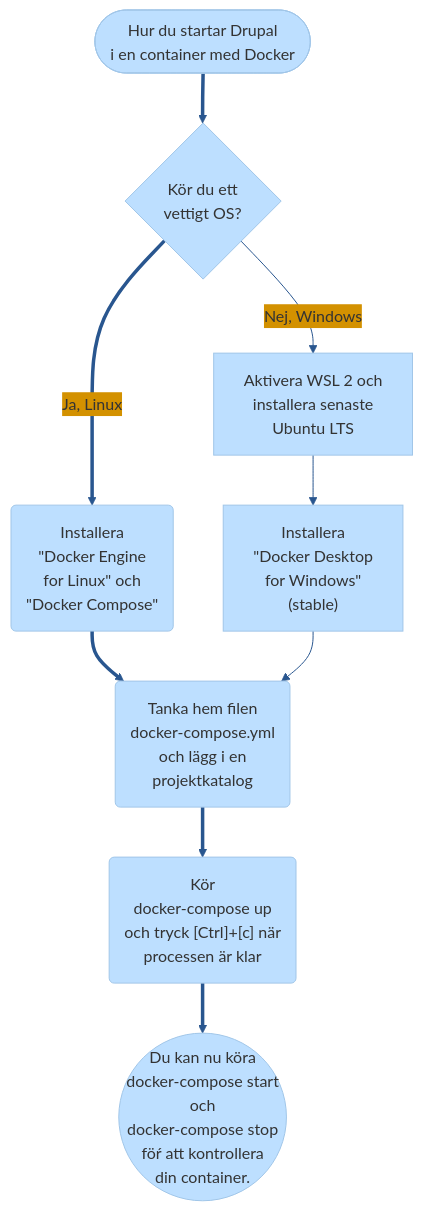
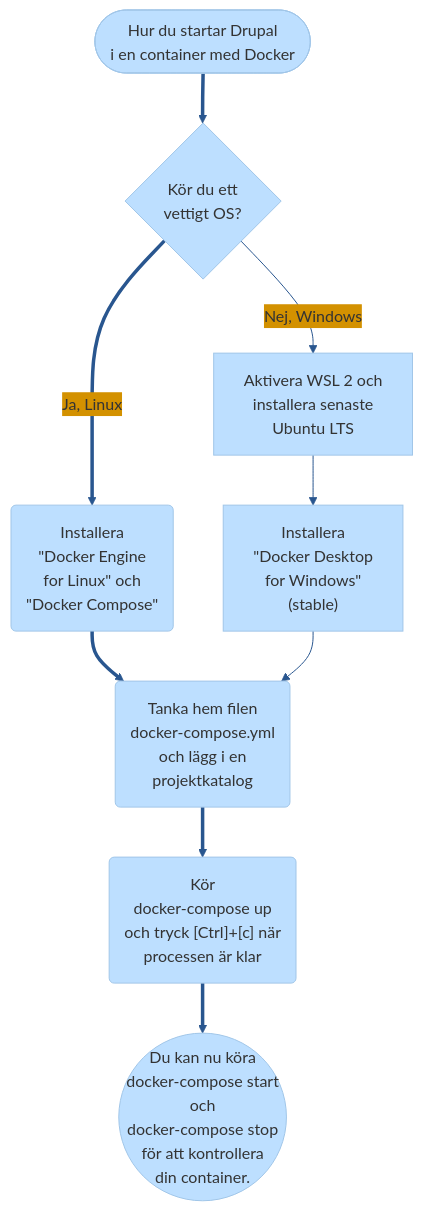
Before and after one commit to seetee/webweu01: the diagram in README.md, drawn with Mermaid. The commit also changed 1 other file, not shown here.

Commit message:
Corrected spelling and added some #

````diff
--- a/README.md
+++ b/README.md
@@ -21,13 +21,13 @@
 ```mermaid
 %%{init: {'theme': 'base', 'themeVariables': { 'primaryColor': '#bddfff', 'edgeLabelBackground':'#d39100', 'lineColor': '#29568f'}}}%%
 flowchart TD
     start([Hur du startar Drupal <br />i en container med Docker]) ==> alla1
     alla1 ==>|Ja, Linux| linux1 
     linux1("Installera <br />#quot;Docker Engine <br />for Linux#quot; och <br />#quot;Docker Compose#quot;") ==> alla2
     alla1{Kör du ett <br />vettigt OS?} -->|Nej, Windows| windows1
     windows1[Aktivera WSL 2 och <br />installera senaste <br />Ubuntu LTS] --> windows2
     windows2["Installera <br />#quot;Docker Desktop <br />for Windows#quot; <br />(stable)"] --> alla2
     alla2(Tanka hem filen <br />docker-compose.yml <br />och lägg i en <br />projektkatalog) ==> alla3 
     alla3("Kör <br />docker-compose up <br />och tryck [Ctrl]+[c] när <br />processen är klar") ==> slut
-    slut((Du kan nu köra <br />docker-compose start <br />och <br />docker-compose stop<br /> föŕ att kontrollera <br />din container.))
+    slut((Du kan nu köra <br />docker-compose start <br />och <br />docker-compose stop<br /> för att kontrollera <br />din container.))
 ```
````
